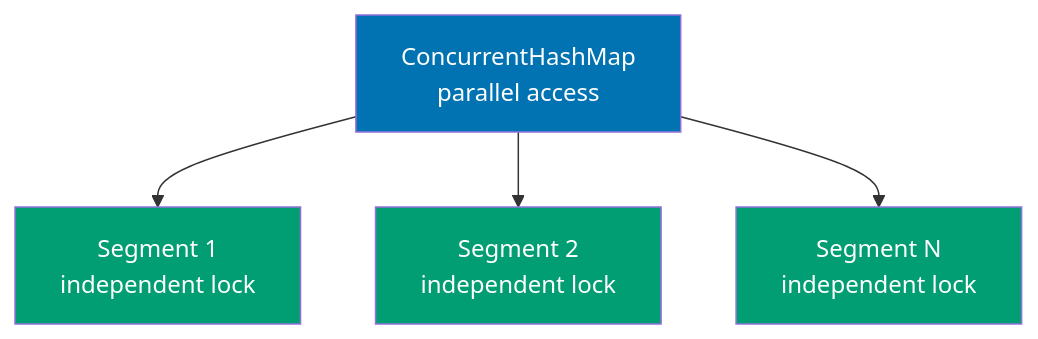
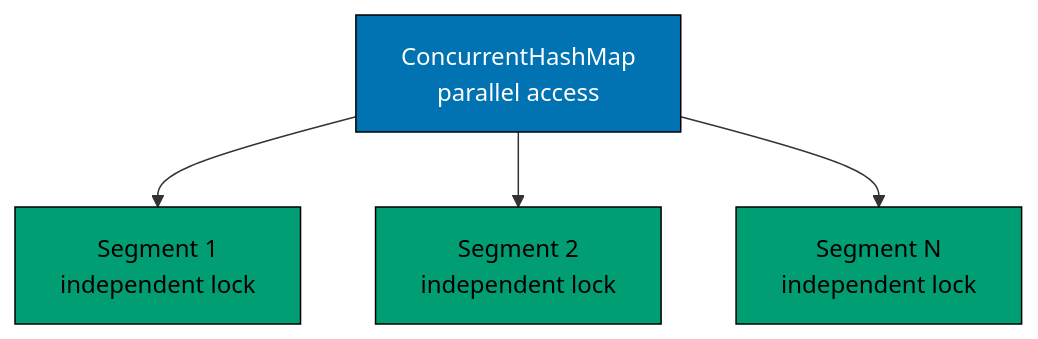
The second of 13 diagrams in apps/ayokoding-www/content/en/learn/legacy/software-engineering/programming-languages/java/by-example/advanced.md (wahidyankf/ose-public), drawn with Mermaid before and after one commit. The commit also changed other lines of this file and 112 other files, not shown here.

First line of the commit message:
fix(mermaid): bring the legacy programming-languages diagrams onto the accessible palette

````diff
--- a/apps/ayokoding-www/content/en/learn/legacy/software-engineering/programming-languages/java/by-example/advanced.md
+++ b/apps/ayokoding-www/content/en/learn/legacy/software-engineering/programming-languages/java/by-example/advanced.md
@@ -56,13 +62,18 @@
 ```mermaid
 %% Color Palette: Blue #0173B2, Orange #DE8F05, Teal #029E73, Purple #CC78BC, Brown #CA9161
 graph TD
+    accTitle: Example 65: Concurrent Collections
+    accDescr: Graph with 4 nodes and 3 connections. Nodes: ConcurrentHashMap parallel access, Segment 1 independent lock, Segment 2 independent lock, Segment N independent lock. Connections: ConcurrentHashMap parallel access to Segment 1 independent lock, ConcurrentHashMap parallel access to Segment 2 independent lock, ConcurrentHashMap parallel access to Segment N independent lock.
     CHM["ConcurrentHashMap<br/>parallel access"]
     CHM --> Segment1["Segment 1<br/>independent lock"]
     CHM --> Segment2["Segment 2<br/>independent lock"]
     CHM --> Segment3["Segment N<br/>independent lock"]
 
-    style CHM fill:#0173B2,color:#fff
-    style Segment1 fill:#029E73,color:#fff
-    style Segment2 fill:#029E73,color:#fff
-    style Segment3 fill:#029E73,color:#fff
+    classDef pal-0173B2 fill:#0173B2,stroke:#000000,color:#FFFFFF
+    class CHM pal-0173B2
+    classDef pal-029E73 fill:#029E73,stroke:#000000,color:#000000
+    class Segment1 pal-029E73
+    class Segment2 pal-029E73
+    class Segment3 pal-029E73
+    classDef default fill:#FFFFFF,stroke:#000000,color:#000000
 ```
````
